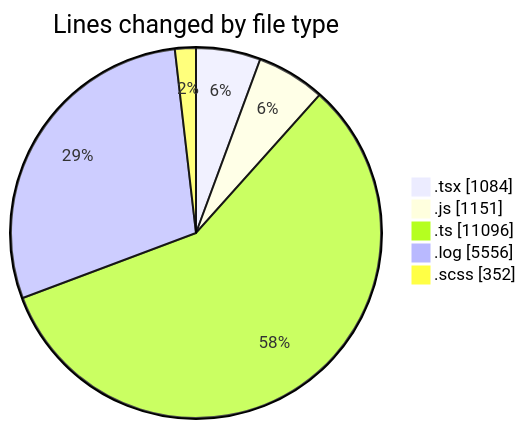
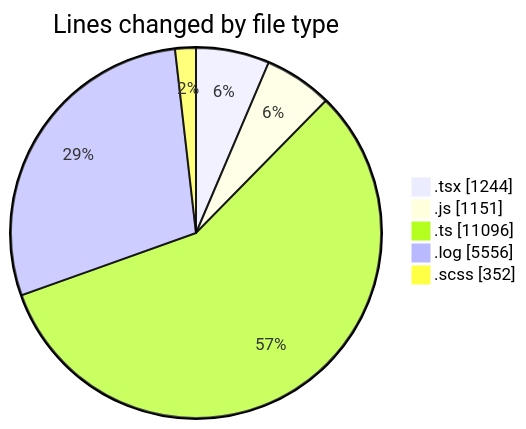
The first of 2 diagrams in 2026-04-09/cda/README.md (momahboobian/code-tracking), drawn with Mermaid before and after one commit. The commit also changed other lines of this file and 1 other file, not shown here.

````diff
--- a/2026-04-09/cda/README.md
+++ b/2026-04-09/cda/README.md
@@ -32,9 +32,9 @@
 ```mermaid
 pie showData
 title Lines changed by file type
-".tsx" : 1084
+".tsx" : 1244
 ".js" : 1151
 ".ts" : 11096
 ".log" : 5556
 ".scss" : 352
 ```
````
